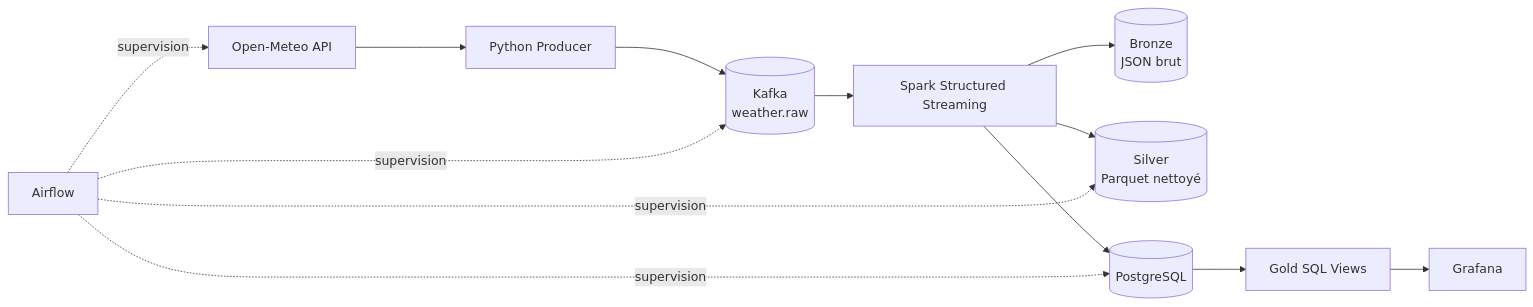
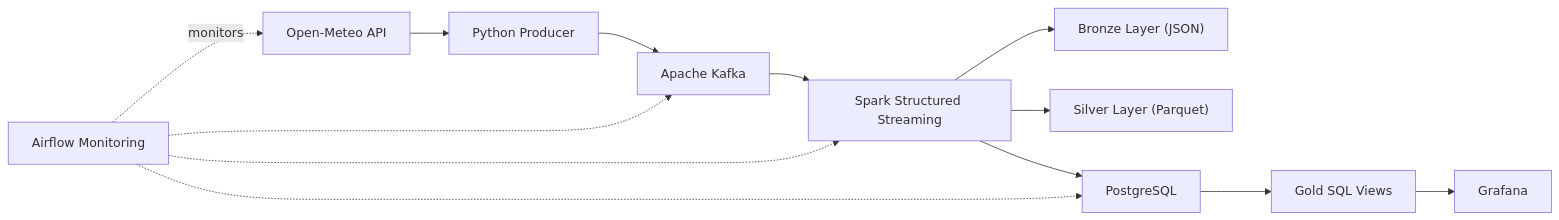
The diagram in README.md (TonyDRAR/real-time-weather-data-pipeline), drawn with Mermaid before and after one commit. The commit also changed other lines of this file, not shown here.

````diff
--- a/README.md
+++ b/README.md
@@ -9,15 +28,33 @@
 ```mermaid
 flowchart LR
-    API[Open-Meteo API] --> PROD[Python Producer]
-    PROD --> KAFKA[(Kafka<br/>weather.raw)]
-    KAFKA --> SPARK[Spark Structured Streaming]
-    SPARK --> BRONZE[(Bronze<br/>JSON brut)]
-    SPARK --> SILVER[(Silver<br/>Parquet nettoyé)]
-    SPARK --> PG[(PostgreSQL)]
-    PG --> GOLD[Gold SQL Views]
-    GOLD --> GRAFANA[Grafana]
-    AIRFLOW[Airflow] -. supervision .-> API
-    AIRFLOW -. supervision .-> KAFKA
-    AIRFLOW -. supervision .-> SILVER
-    AIRFLOW -. supervision .-> PG
+
+API["Open-Meteo API"]
+Producer["Python Producer"]
+Kafka["Apache Kafka"]
+Spark["Spark Structured Streaming"]
+
+Bronze["Bronze Layer (JSON)"]
+Silver["Silver Layer (Parquet)"]
+
+Postgres["PostgreSQL"]
+Gold["Gold SQL Views"]
+
+Grafana["Grafana"]
+Airflow["Airflow Monitoring"]
+
+API --> Producer
+Producer --> Kafka
+Kafka --> Spark
+
+Spark --> Bronze
+Spark --> Silver
+Spark --> Postgres
+
+Postgres --> Gold
+Gold --> Grafana
+
+Airflow -. monitors .-> API
+Airflow -.-> Kafka
+Airflow -.-> Spark
+Airflow -.-> Postgres
 ```
````
